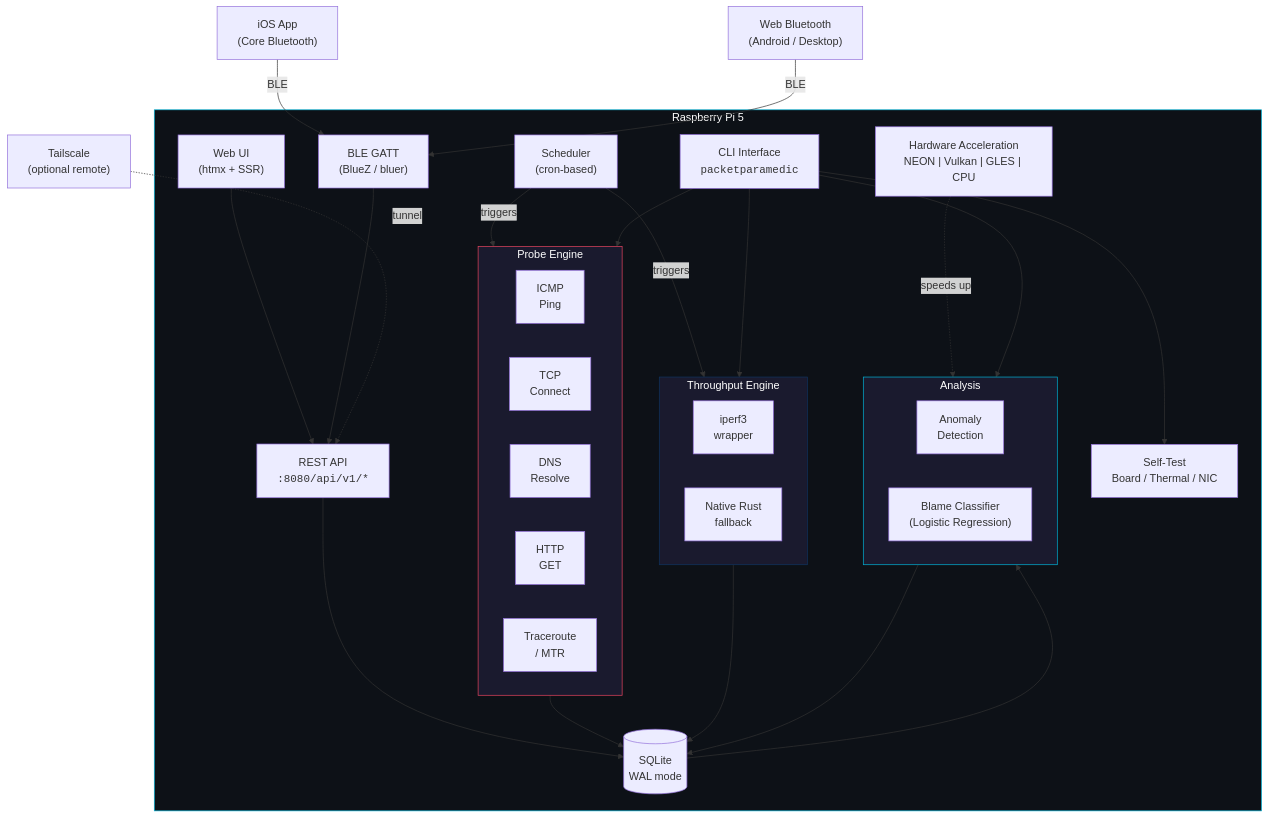
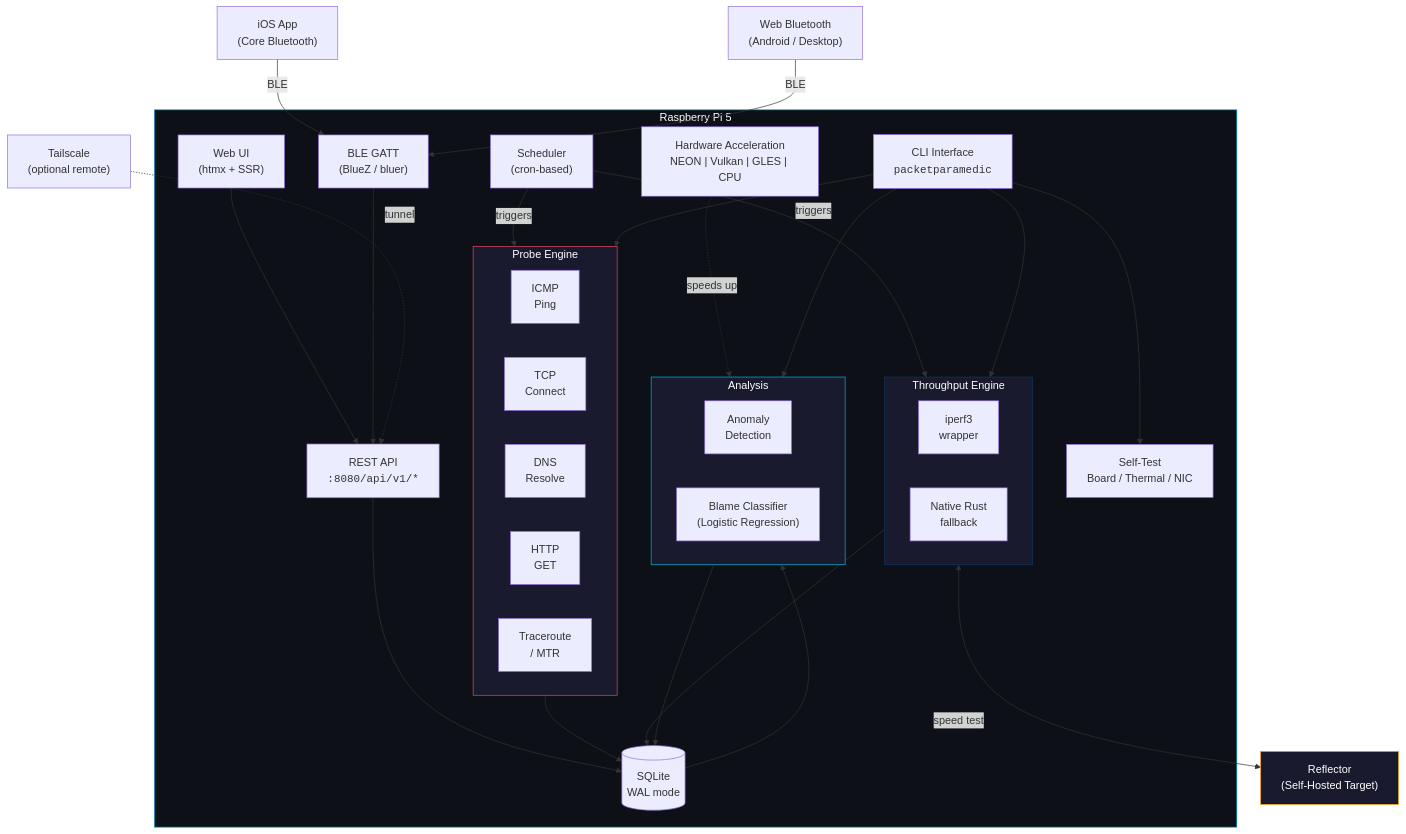
The first of 5 diagrams in README.md (ParkWardRR/PacketParamedic), drawn with Mermaid before and after one commit.

Commit message:
docs: update architecture diagram with Reflector target

````diff
--- a/README.md
+++ b/README.md
@@ -138,59 +138,62 @@
 ```mermaid
 graph TB
     subgraph PI["Raspberry Pi 5"]
         CLI["CLI Interface<br/><code>packetparamedic</code>"]
         API["REST API<br/><code>:8080/api/v1/*</code>"]
         WEBUI["Web UI<br/>(htmx + SSR)"]
         SCHED["Scheduler<br/>(cron-based)"]
 
         subgraph PROBES["Probe Engine"]
             ICMP["ICMP<br/>Ping"]
             TCP["TCP<br/>Connect"]
             DNS["DNS<br/>Resolve"]
             HTTP["HTTP<br/>GET"]
             MTR["Traceroute<br/>/ MTR"]
         end
 
         subgraph THROUGHPUT["Throughput Engine"]
             IPERF["iperf3<br/>wrapper"]
             NATIVE["Native Rust<br/>fallback"]
         end
 
         subgraph BRAIN["Analysis"]
             DETECT["Anomaly<br/>Detection"]
             BLAME["Blame Classifier<br/>(Logistic Regression)"]
         end
 
         ACCEL["Hardware Acceleration<br/>NEON | Vulkan | GLES | CPU"]
         DB[(SQLite<br/>WAL mode)]
         SELFTEST["Self-Test<br/>Board / Thermal / NIC"]
         BLE["BLE GATT<br/>(BlueZ / bluer)"]
     end
 
     PHONE["iOS App<br/>(Core Bluetooth)"]
     BROWSER["Web Bluetooth<br/>(Android / Desktop)"]
     TAILSCALE["Tailscale<br/>(optional remote)"]
+    REFLECTOR["Reflector<br/>(Self-Hosted Target)"]
 
     SCHED -->|triggers| PROBES
     SCHED -->|triggers| THROUGHPUT
     PROBES --> DB
     THROUGHPUT --> DB
     DB --> BRAIN
     BRAIN --> DB
     ACCEL -.->|speeds up| BRAIN
     CLI --> PROBES
     CLI --> THROUGHPUT
     CLI --> BRAIN
     CLI --> SELFTEST
     WEBUI --> API
     API --> DB
     PHONE -->|BLE| BLE
     BROWSER -->|BLE| BLE
     BLE --> API
     TAILSCALE -.->|tunnel| API
+    THROUGHPUT <-->|speed test| REFLECTOR
 
     style PI fill:#0d1117,stroke:#00b4d8,color:#fff
     style PROBES fill:#1a1a2e,stroke:#e94560,color:#fff
     style THROUGHPUT fill:#1a1a2e,stroke:#0f3460,color:#fff
     style BRAIN fill:#1a1a2e,stroke:#00b4d8,color:#fff
+    style REFLECTOR fill:#1a1a2e,stroke:#fca311,color:#fff
 ```
````
